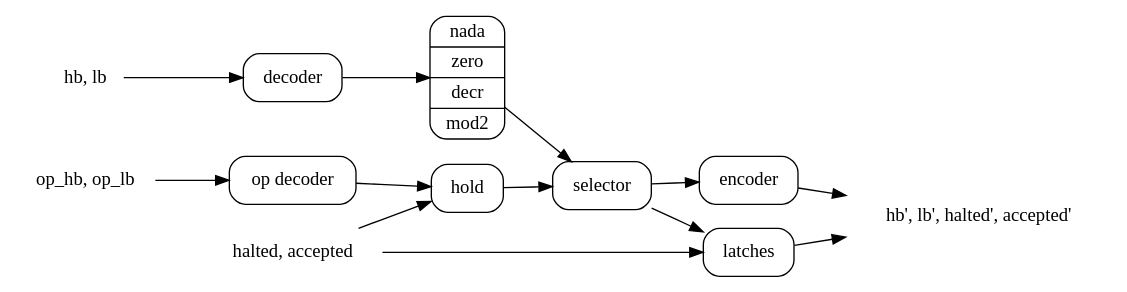
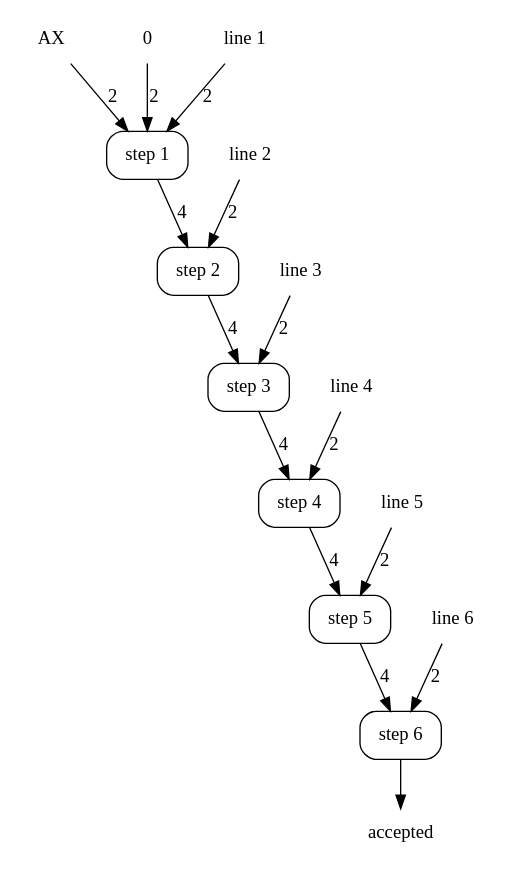
One commit to showell/cook-levin-riff changed diagram 11 of 16 in book/book.md. Above: the diagram before and after it, drawn with Graphviz. The commit also changed other lines of this file and 6 other files, not shown here.

````diff
--- a/book/book.md
+++ b/book/book.md
@@ -1026,22 +1077,35 @@
 ```dot
 digraph {
-  rankdir=LR;
+  rankdir=TB;
   node [shape=box, style=rounded];
-  ax [shape=plaintext, label="hb, lb"];
-  line [shape=plaintext, label="op_hb, op_lb"];
-  flags [shape=plaintext, label="halted, accepted"];
-  dec [label="decoder"];
-  opdec [label="op decoder"];
-  hold [label="hold"];
-  machines [shape=record, label="nada|zero|decr|mod2"];
-  sel [label="selector"];
-  enc [label="encoder"];
-  latches [label="latches"];
-  out [shape=plaintext, label="hb', lb', halted', accepted'"];
-  ax -> dec -> machines -> sel -> enc -> out;
-  line -> opdec -> hold -> sel;
-  flags -> hold;
-  flags -> latches;
-  sel -> latches -> out;
+  i0 [shape=plaintext, label="AX"];
+  i1 [shape=plaintext, label="0"];
+  i2 [shape=plaintext, label="line 1"];
+  i3 [shape=plaintext, label="line 2"];
+  i4 [shape=plaintext, label="line 3"];
+  i5 [shape=plaintext, label="line 4"];
+  i6 [shape=plaintext, label="line 5"];
+  i7 [shape=plaintext, label="line 6"];
+  b0 [label="step 1"];
+  b1 [label="step 2"];
+  b2 [label="step 3"];
+  b3 [label="step 4"];
+  b4 [label="step 5"];
+  b5 [label="step 6"];
+  o0 [shape=plaintext, label="accepted"];
+  i0 -> b0 [label="2"];
+  i1 -> b0 [label="2"];
+  i2 -> b0 [label="2"];
+  b0 -> b1 [label="4"];
+  i3 -> b1 [label="2"];
+  b1 -> b2 [label="4"];
+  i4 -> b2 [label="2"];
+  b2 -> b3 [label="4"];
+  i5 -> b3 [label="2"];
+  b3 -> b4 [label="4"];
+  i6 -> b4 [label="2"];
+  b4 -> b5 [label="4"];
+  i7 -> b5 [label="2"];
+  b5 -> o0;
 }
 ```
````
